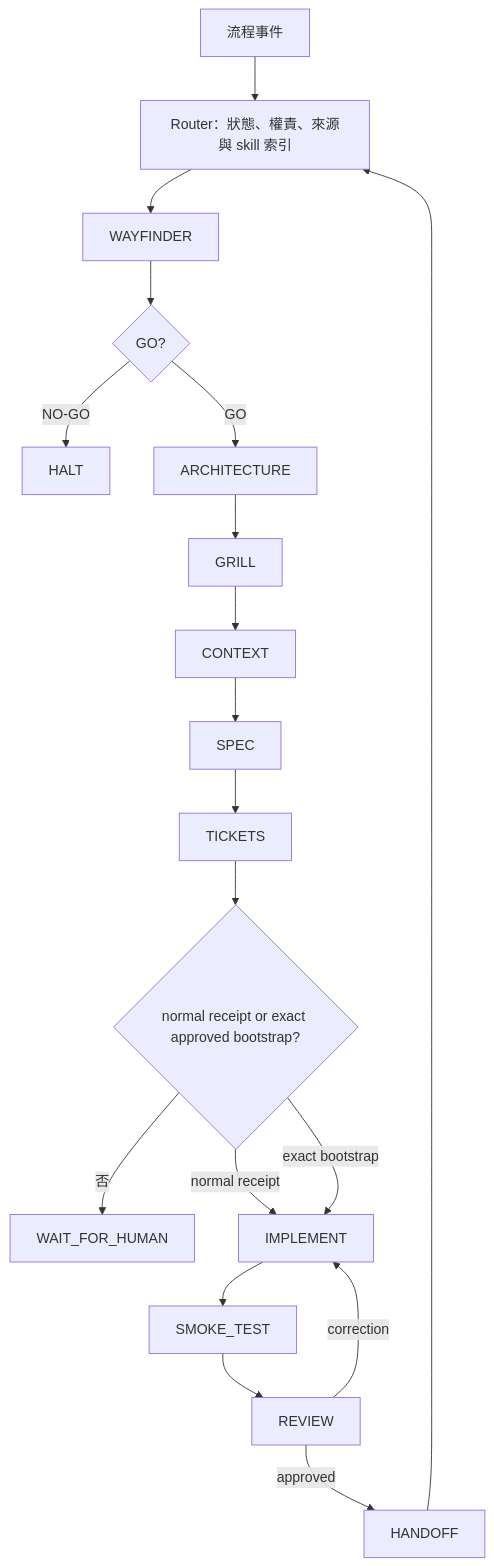
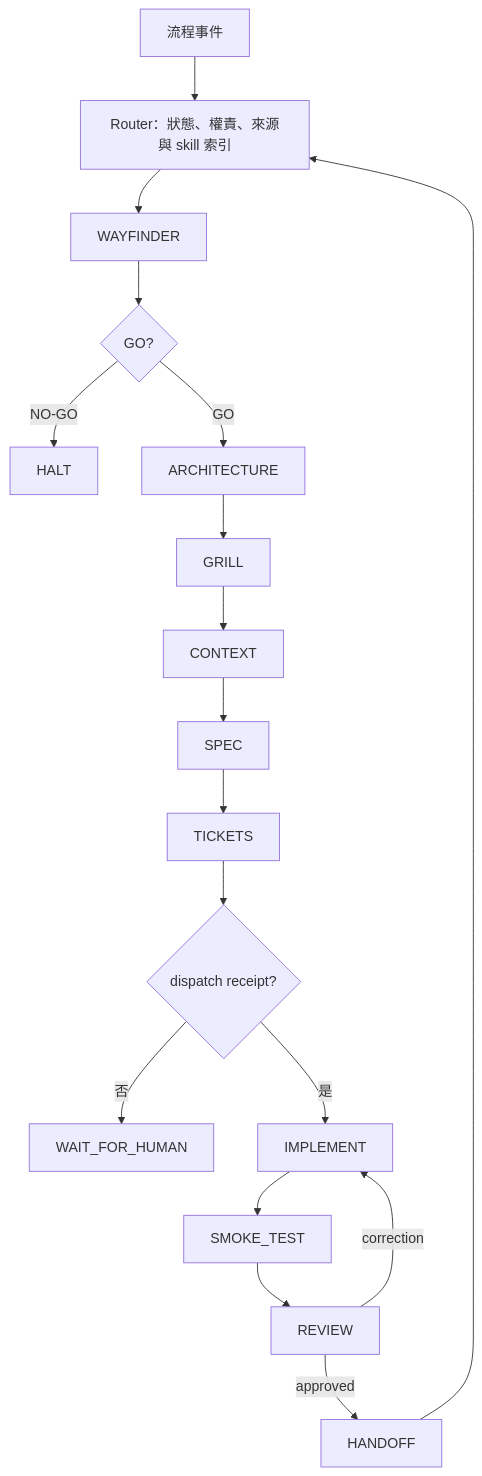
Before and after one commit to johnnyliu365-sys/Johnny_AI_Skill: the diagram in Workflow.md, drawn with Mermaid. The commit also changed other lines of this file and 95 other files, not shown here.

````diff
--- a/Workflow.md
+++ b/Workflow.md
@@ -13,21 +13,20 @@
 ```mermaid
 flowchart TD
     A[流程事件] --> R[Router：狀態、權責、來源與 skill 索引]
     R --> W[WAYFINDER]
     W --> G{GO?}
     G -- NO-GO --> H[HALT]
     G -- GO --> AR[ARCHITECTURE]
     AR --> GR[GRILL]
     GR --> C[CONTEXT]
     C --> S[SPEC]
     S --> T[TICKETS]
-    T --> D{normal receipt or exact approved bootstrap?}
+    T --> D{dispatch receipt?}
     D -- 否 --> WH[WAIT_FOR_HUMAN]
-    D -- normal receipt --> I[IMPLEMENT]
-    D -- exact bootstrap --> I
+    D -- 是 --> I[IMPLEMENT]
     I --> ST[SMOKE_TEST]
     ST --> RV[REVIEW]
     RV -- correction --> I
     RV -- approved --> HO[HANDOFF]
     HO --> R
 ```
````
